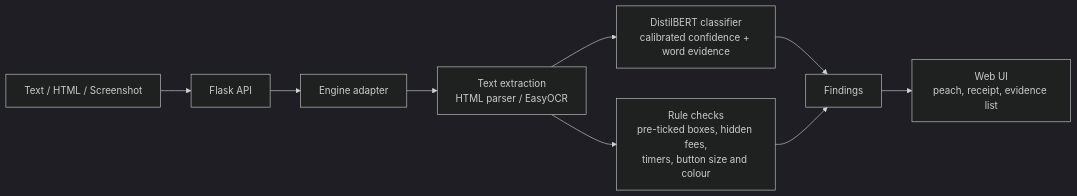
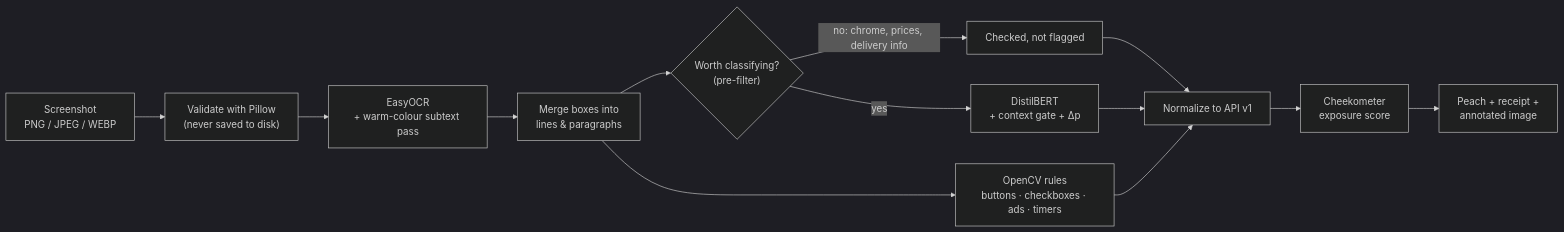
The first of 2 diagrams in README.md (voldepotter/cheekshield), drawn with Mermaid (dark theme) before and after one commit. The commit also changed other lines of this file, not shown here.

````diff
--- a/README.md
+++ b/README.md
@@ -38,11 +97,15 @@
 ```mermaid
 flowchart LR
-    A[Text / HTML / Screenshot] --> B[Flask API]
-    B --> C[Engine adapter]
-    C --> D[Text extraction<br/>HTML parser / EasyOCR]
-    D --> E[DistilBERT classifier<br/>calibrated confidence + word evidence]
-    D --> F[Rule checks<br/>pre-ticked boxes, hidden fees,<br/>timers, button size and colour]
-    E --> G[Findings]
-    F --> G
-    G --> H[Web UI<br/>peach, receipt, evidence list]
+    A["Screenshot\nPNG / JPEG / WEBP"] --> B["Validate with Pillow\n(never saved to disk)"]
+    B --> C["EasyOCR\n+ warm-colour subtext pass"]
+    C --> D["Merge boxes into\nlines & paragraphs"]
+    D --> E{"Worth classifying?\n(pre-filter)"}
+    E -- "no: chrome, prices, delivery info" --> F["Checked, not flagged"]
+    E -- yes --> G["DistilBERT\n+ context gate + Δp"]
+    D --> H["OpenCV rules\nbuttons · checkboxes · ads · timers"]
+    G --> I["Normalize to API v1"]
+    H --> I
+    F --> I
+    I --> J["Cheekometer\nexposure score"]
+    J --> K["Peach + receipt +\nannotated image"]
 ```
````
